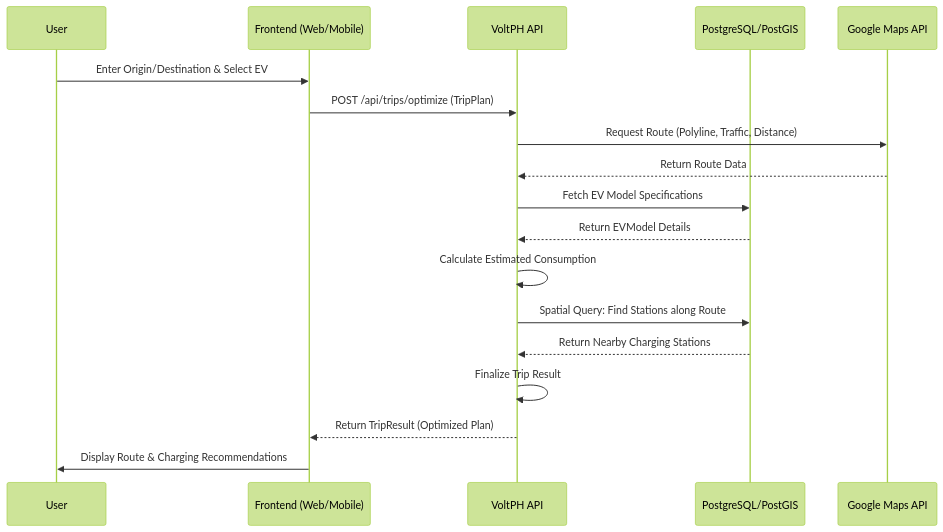
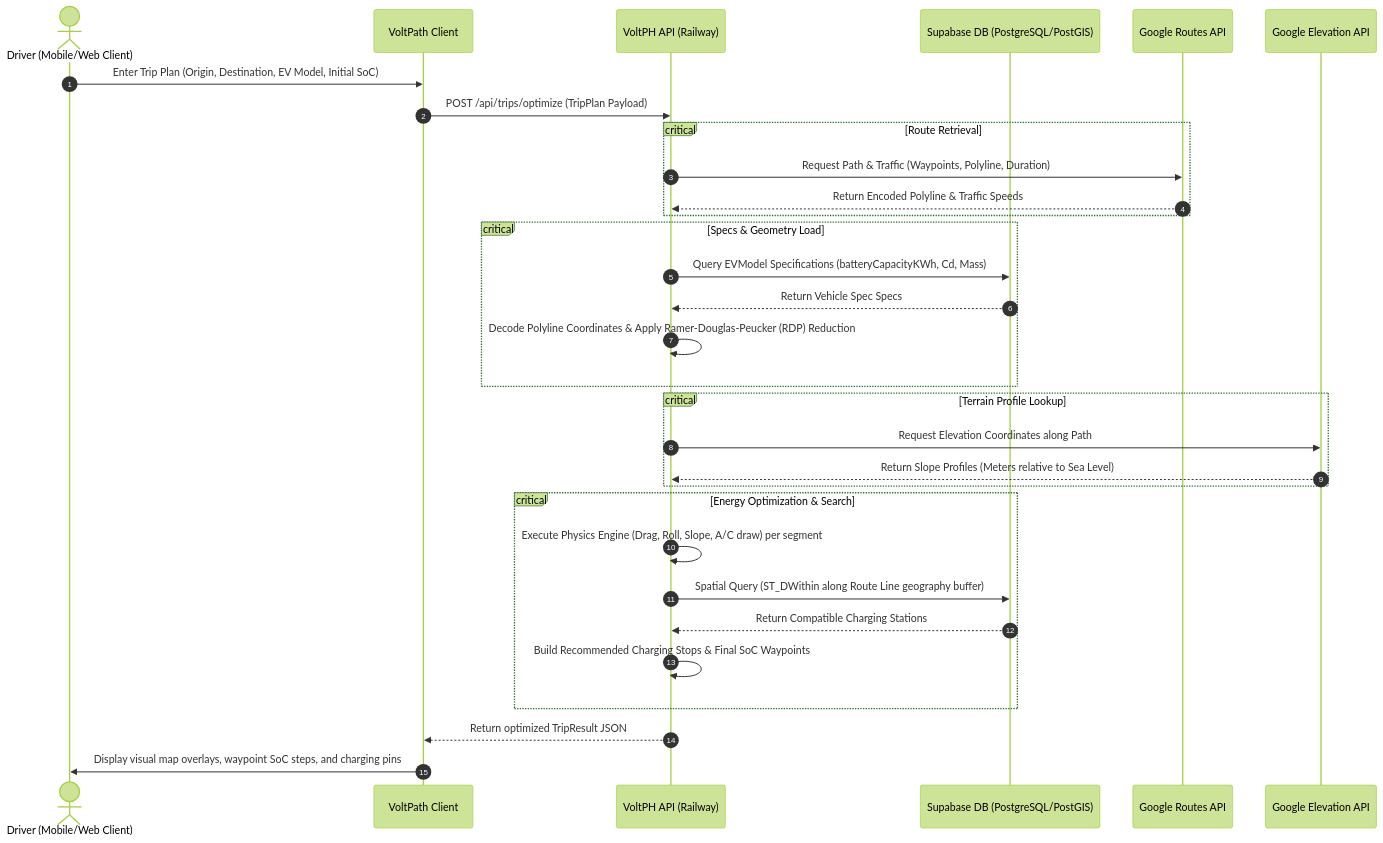
The second of 3 diagrams in docs/ARCHITECTURE.md (Team-Kaizen-MMDC/voltpathph), drawn with Mermaid (forest theme) before and after one commit. The commit also changed other lines of this file, not shown here.

Commit message:
docs: improve architecture, sequence diagrams, and ERD based on Capstone paper requirements

````diff
--- a/docs/ARCHITECTURE.md
+++ b/docs/ARCHITECTURE.md
@@ -57,21 +80,39 @@
 ```mermaid
 sequenceDiagram
-    participant U as User
-    participant FE as Frontend (Web/Mobile)
-    participant API as VoltPH API
-    participant DB as PostgreSQL/PostGIS
-    participant G as Google Maps API
+    autonumber
+    actor U as Driver (Mobile/Web Client)
+    participant FE as VoltPath Client
+    participant API as VoltPH API (Railway)
+    participant DB as Supabase DB (PostgreSQL/PostGIS)
+    participant G_Routes as Google Routes API
+    participant G_Elev as Google Elevation API
 
-    U->>FE: Enter Origin/Destination & Select EV
-    FE->>API: POST /api/trips/optimize (TripPlan)
-    API->>G: Request Route (Polyline, Traffic, Distance)
-    G-->>API: Return Route Data
-    API->>DB: Fetch EV Model Specifications
-    DB-->>API: Return EVModel Details
-    API->>API: Calculate Estimated Consumption
-    API->>DB: Spatial Query: Find Stations along Route
-    DB-->>API: Return Nearby Charging Stations
-    API->>API: Finalize Trip Result
-    API-->>FE: Return TripResult (Optimized Plan)
-    FE->>U: Display Route & Charging Recommendations
+    U->>FE: Enter Trip Plan (Origin, Destination, EV Model, Initial SoC)
+    FE->>API: POST /api/trips/optimize (TripPlan Payload)
+    
+    critical Route Retrieval
+        API->>G_Routes: Request Path & Traffic (Waypoints, Polyline, Duration)
+        G_Routes-->>API: Return Encoded Polyline & Traffic Speeds
+    end
+    
+    critical Specs & Geometry Load
+        API->>DB: Query EVModel Specifications (batteryCapacityKWh, Cd, Mass)
+        DB-->>API: Return Vehicle Spec Specs
+        API->>API: Decode Polyline Coordinates & Apply Ramer-Douglas-Peucker (RDP) Reduction
+    end
+    
+    critical Terrain Profile Lookup
+        API->>G_Elev: Request Elevation Coordinates along Path
+        G_Elev-->>API: Return Slope Profiles (Meters relative to Sea Level)
+    end
+    
+    critical Energy Optimization & Search
+        API->>API: Execute Physics Engine (Drag, Roll, Slope, A/C draw) per segment
+        API->>DB: Spatial Query (ST_DWithin along Route Line geography buffer)
+        DB-->>API: Return Compatible Charging Stations
+        API->>API: Build Recommended Charging Stops & Final SoC Waypoints
+    end
+    
+    API-->>FE: Return optimized TripResult JSON
+    FE->>U: Display visual map overlays, waypoint SoC steps, and charging pins
 ```
````
